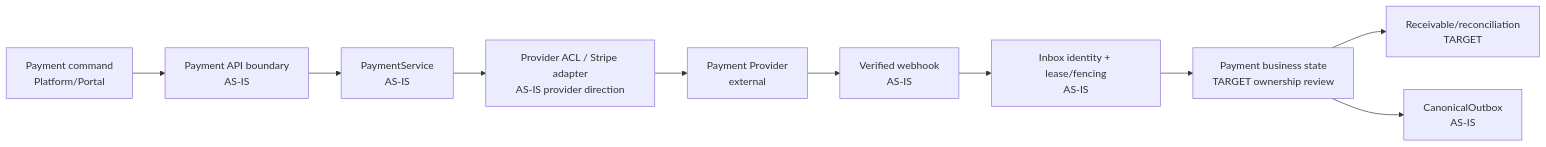
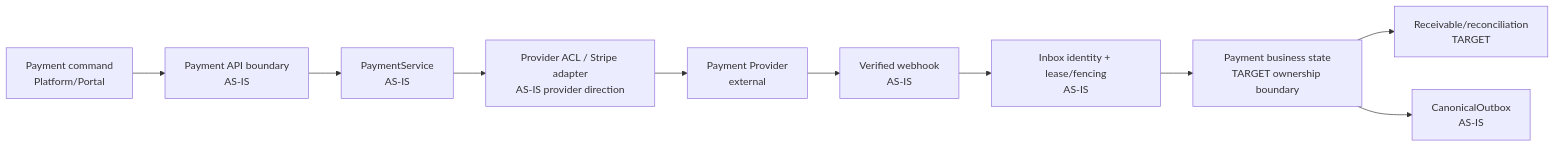
Before and after one commit to nexa-suite/blueprint: the fourth of 5 diagrams in 04-architecture/c4/code-views.md, drawn with Mermaid. The commit also changed other lines of this file and 23 other files, not shown here.

Commit message:
docs(architecture): close pre-v1 integrity drift

````diff
--- a/04-architecture/c4/code-views.md
+++ b/04-architecture/c4/code-views.md
@@ -60,12 +60,12 @@
 ```mermaid
 flowchart LR
   UI[Payment command\nPlatform/Portal] --> API[Payment API boundary\nAS-IS]
   API --> PS[PaymentService\nAS-IS]
   PS --> ACL[Provider ACL / Stripe adapter\nAS-IS provider direction]
   ACL --> EXT[Payment Provider\nexternal]
   EXT --> WH[Verified webhook\nAS-IS]
   WH --> IN[Inbox identity + lease/fencing\nAS-IS]
-  IN --> PAY[Payment business state\nTARGET ownership review]
+  IN --> PAY[Payment business state\nTARGET ownership boundary]
   PAY --> REC[Receivable/reconciliation\nTARGET]
   PAY --> OUT[CanonicalOutbox\nAS-IS]
 ```
````
